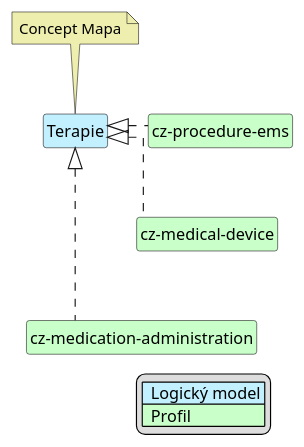
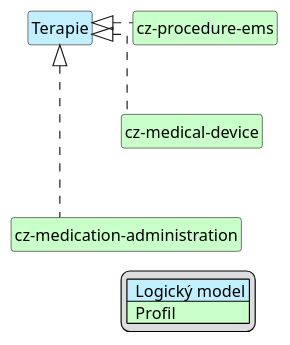
One commit to HL7-cz/cz-ems changed the diagram in input/images-source/emsTherapy-map-cs.plantuml. Above: the diagram before and after it, drawn with PlantUML. The commit also changed 23 other files, not shown here.

Commit message:
úprava plantuml schémat

```diff
--- a/input/images-source/emsTherapy-map-cs.plantuml
+++ b/input/images-source/emsTherapy-map-cs.plantuml
@@ -1,32 +1,29 @@
 @startuml
 hide circle
 hide stereotype
 hide members
 hide methods
 skinparam linetype ortho
 skinparam class {
 BackgroundColor<<LogicalModel>> #APPLICATION
 BackgroundColor<<Profile>> #TECHNOLOGY
 }
 legend right
 | <#APPLICATION>  Logický model |
 | <#TECHNOLOGY>  Profil |
 endlegend
 
 class "Terapie" <<LogicalModel>> [[StructureDefinition-LogTherapyEmsCz.html]]
-note top #EEEEAE [[ConceptMap-Therapy2FHIR-cz.html]]
-Concept Mapa
-endnote
 
 class "cz-procedure-ems" <<Profile>> [[StructureDefinition-cz-procedure-ems.html]]
 class "cz-medical-device" <<Profile>> [[https://build.fhir.org/ig/HL7-cz/cz-core/StructureDefinition-cz-medical-device.html]]
 class "cz-medication-administration" <<Profile>> [[StructureDefinition-cz-medication-administration.html]]
 
 "Terapie" <|. "cz-procedure-ems"
 "Terapie" <|. "cz-medical-device"
 "Terapie" <|. "cz-medication-administration"
 
 "cz-procedure-ems" -d[hidden]-> "cz-medical-device"
 "cz-medical-device" -d[hidden]-> "cz-medication-administration"
 
 @enduml
```
